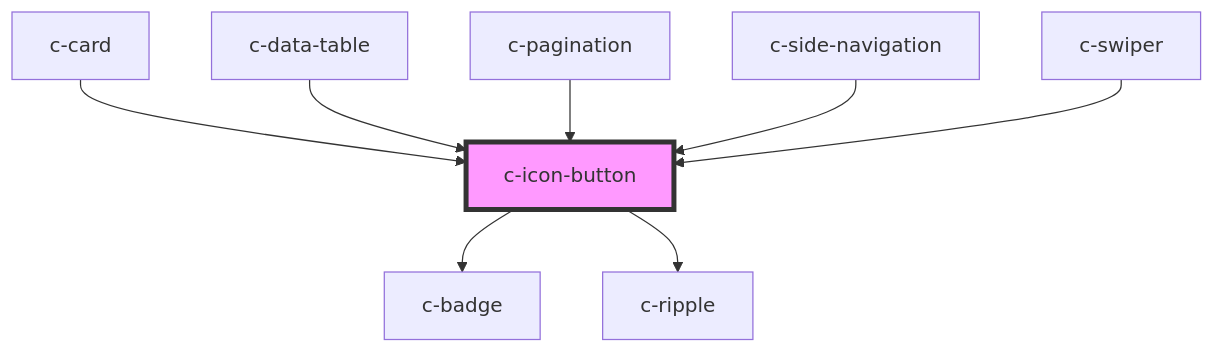
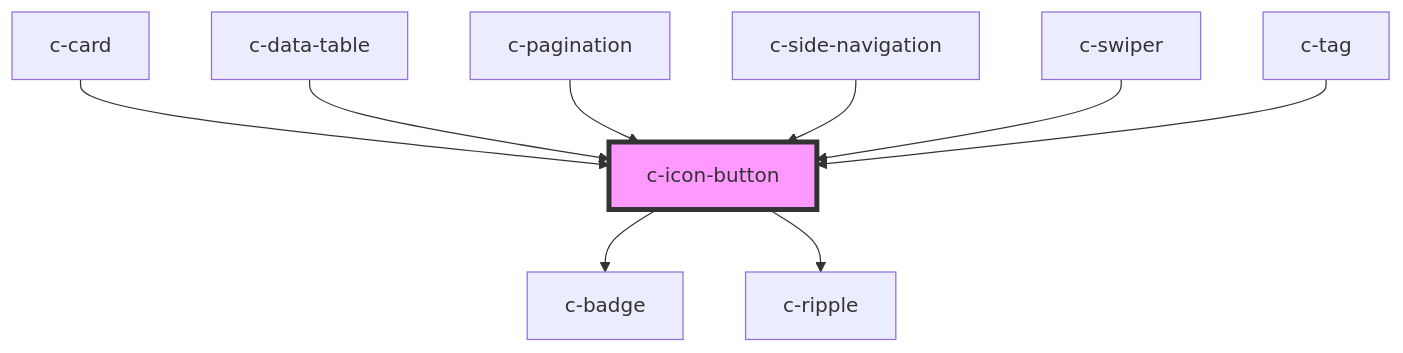
The diagram in packages/csc-ui/src/components/c-icon-button/readme.md (CSCfi/ui), drawn with Mermaid before and after one commit. The commit also changed other lines of this file and 23 other files, not shown here.

````diff
--- a/packages/csc-ui/src/components/c-icon-button/readme.md
+++ b/packages/csc-ui/src/components/c-icon-button/readme.md
@@ -43,11 +44,12 @@
 ```mermaid
 graph TD;
   c-icon-button --> c-badge
   c-icon-button --> c-ripple
   c-card --> c-icon-button
   c-data-table --> c-icon-button
   c-pagination --> c-icon-button
   c-side-navigation --> c-icon-button
   c-swiper --> c-icon-button
+  c-tag --> c-icon-button
   style c-icon-button fill:#f9f,stroke:#333,stroke-width:4px
 ```
````
